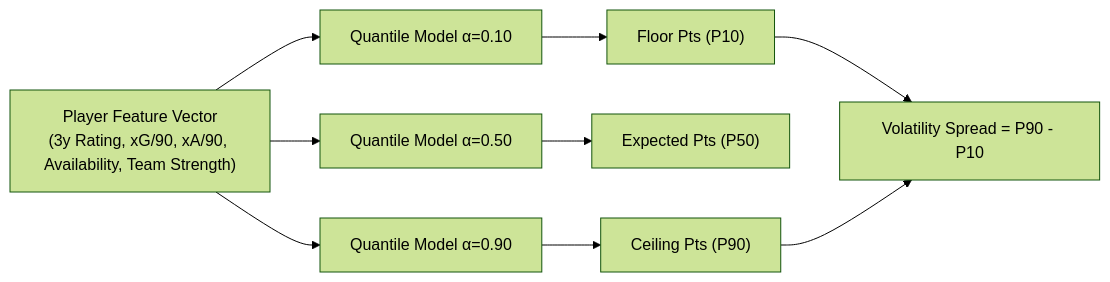
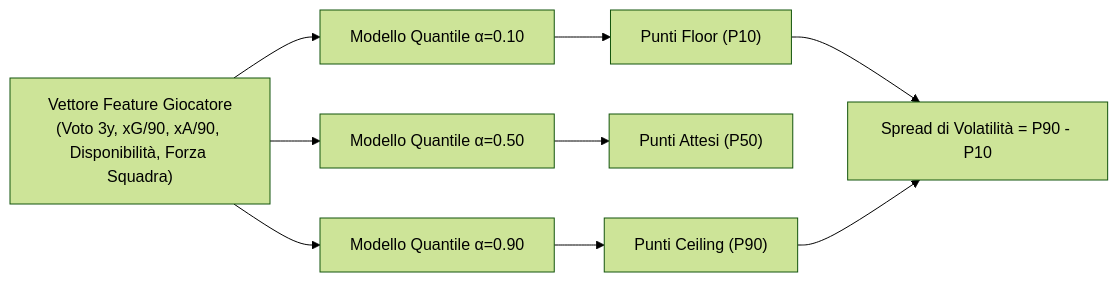
The second of 3 diagrams in README.md (spectrelabo/fantaofficina), drawn with Mermaid (forest theme) before and after one commit. The commit also changed other lines of this file and 1 other file, not shown here.

````diff
--- a/README.md
+++ b/README.md
@@ -197,13 +202,13 @@
 ```mermaid
 flowchart LR
-    X["Player Feature Vector<br/>(3y Rating, xG/90, xA/90, Availability, Team Strength)"] --> M1["Quantile Model α=0.10"]
-    X --> M2["Quantile Model α=0.50"]
-    X --> M3["Quantile Model α=0.90"]
+    X["Vettore Feature Giocatore<br/>(Voto 3y, xG/90, xA/90, Disponibilità, Forza Squadra)"] --> M1["Modello Quantile α=0.10"]
+    X --> M2["Modello Quantile α=0.50"]
+    X --> M3["Modello Quantile α=0.90"]
 
-    M1 --> O1["Floor Pts (P10)"]
-    M2 --> O2["Expected Pts (P50)"]
-    M3 --> O3["Ceiling Pts (P90)"]
+    M1 --> O1["Punti Floor (P10)"]
+    M2 --> O2["Punti Attesi (P50)"]
+    M3 --> O3["Punti Ceiling (P90)"]
 
-    O1 --> S["Volatility Spread = P90 - P10"]
+    O1 --> S["Spread di Volatilità = P90 - P10"]
     O3 --> S
 ```
````
